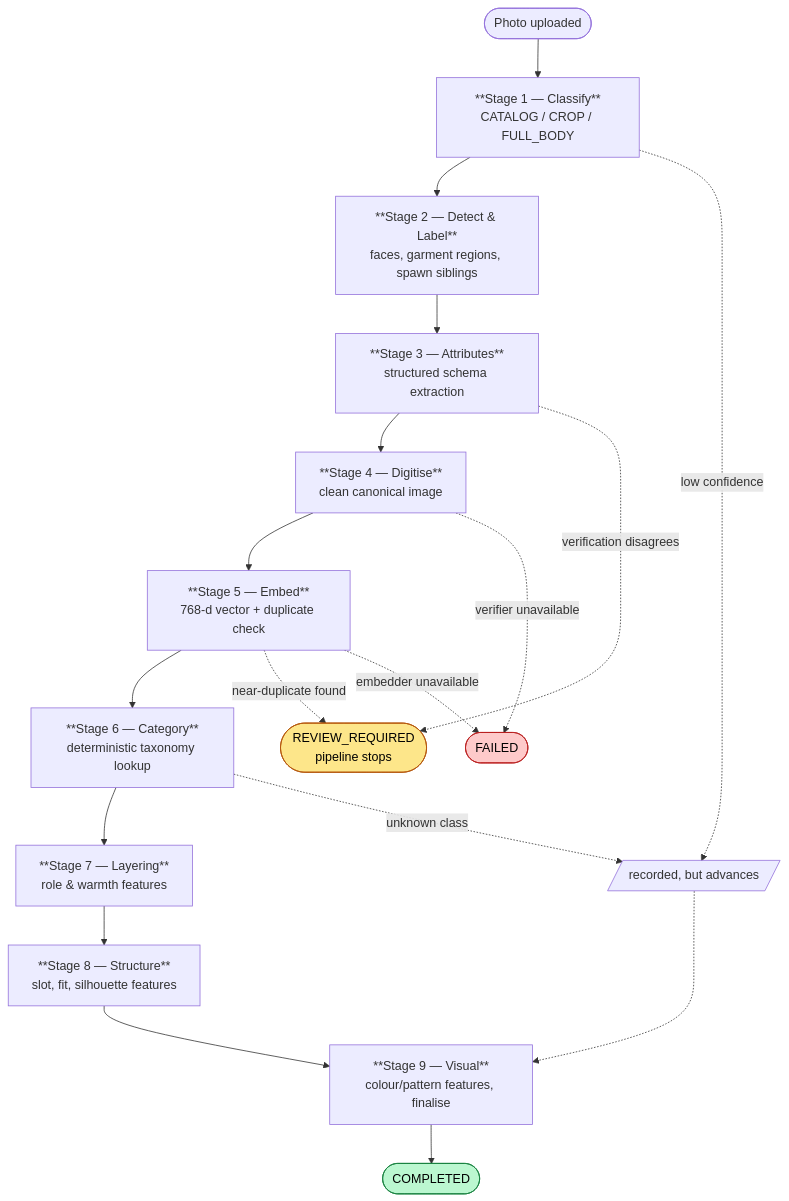
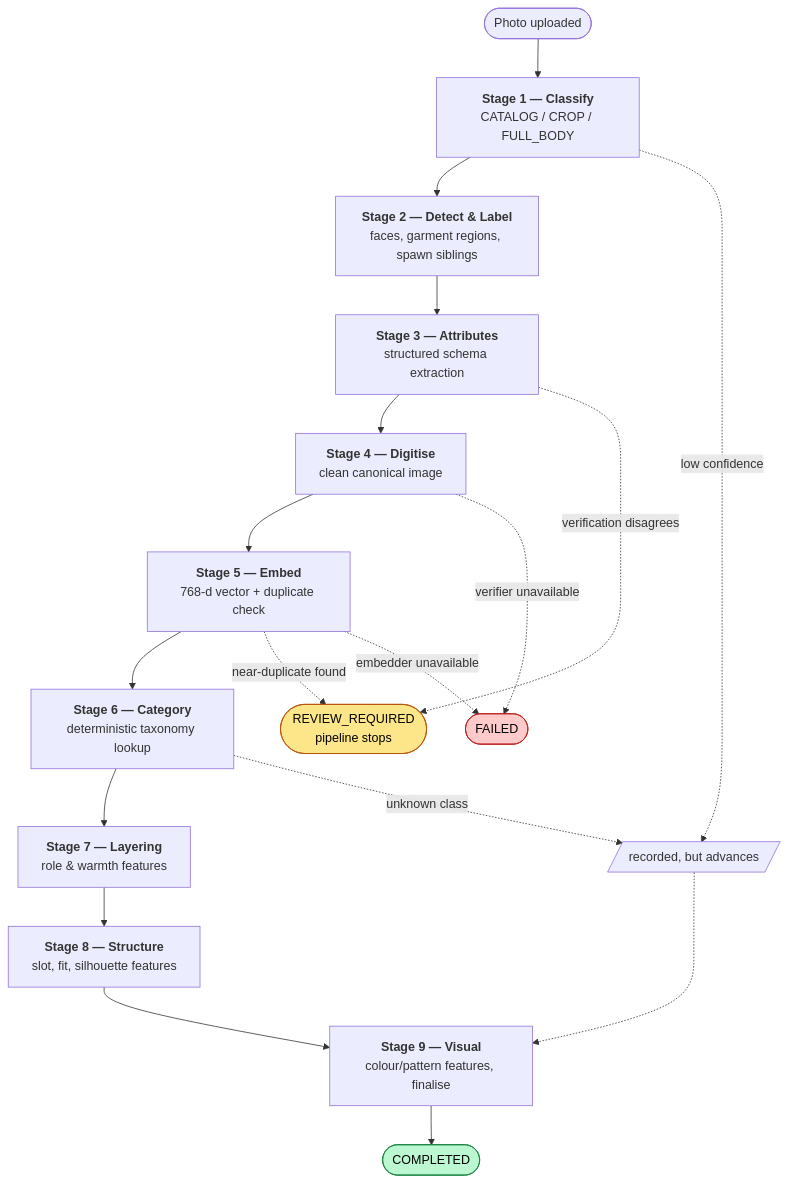
One commit to ClosetTheory/Closet-theory-pipeline changed the first of 8 diagrams in docs/PIPELINES.md. Above: the diagram before and after it, drawn with Mermaid. The commit also changed other lines of this file and 8 other files, not shown here.

First line of the commit message:
Add a Pipeline Info tab with live, interactive diagrams

````diff
--- a/docs/PIPELINES.md
+++ b/docs/PIPELINES.md
@@ -22,30 +22,30 @@
 ```mermaid
 flowchart TD
     U([Photo uploaded]) --> S1
 
-    S1["**Stage 1 — Classify**<br/>CATALOG / CROP / FULL_BODY"]
-    S2["**Stage 2 — Detect &amp; Label**<br/>faces, garment regions, spawn siblings"]
-    S3["**Stage 3 — Attributes**<br/>structured schema extraction"]
-    S4["**Stage 4 — Digitise**<br/>clean canonical image"]
-    S5["**Stage 5 — Embed**<br/>768-d vector + duplicate check"]
-    S6["**Stage 6 — Category**<br/>deterministic taxonomy lookup"]
-    S7["**Stage 7 — Layering**<br/>role &amp; warmth features"]
-    S8["**Stage 8 — Structure**<br/>slot, fit, silhouette features"]
-    S9["**Stage 9 — Visual**<br/>colour/pattern features, finalise"]
+    S1["<b>Stage 1 — Classify</b><br/>CATALOG / CROP / FULL_BODY"]
+    S2["<b>Stage 2 — Detect &amp; Label</b><br/>faces, garment regions, spawn siblings"]
+    S3["<b>Stage 3 — Attributes</b><br/>structured schema extraction"]
+    S4["<b>Stage 4 — Digitise</b><br/>clean canonical image"]
+    S5["<b>Stage 5 — Embed</b><br/>768-d vector + duplicate check"]
+    S6["<b>Stage 6 — Category</b><br/>deterministic taxonomy lookup"]
+    S7["<b>Stage 7 — Layering</b><br/>role &amp; warmth features"]
+    S8["<b>Stage 8 — Structure</b><br/>slot, fit, silhouette features"]
+    S9["<b>Stage 9 — Visual</b><br/>colour/pattern features, finalise"]
 
     S1 --> S2 --> S3 --> S4 --> S5 --> S6 --> S7 --> S8 --> S9
     S9 --> DONE([COMPLETED])
 
-    S3 -. verification disagrees .-> HALT([REVIEW_REQUIRED<br/>pipeline stops])
+    S3 -. verification disagrees .-> HALT(["REVIEW_REQUIRED<br/>pipeline stops"])
     S5 -. near-duplicate found .-> HALT
     S1 -. low confidence .-> ADV[/recorded, but advances/]
     S6 -. unknown class .-> ADV
     ADV -.-> S9
 
     S4 -. verifier unavailable .-> FAIL([FAILED])
     S5 -. embedder unavailable .-> FAIL
 
     style HALT fill:#fde68a,stroke:#b45309,color:#000
     style FAIL fill:#fecaca,stroke:#b91c1c,color:#000
     style DONE fill:#bbf7d0,stroke:#15803d,color:#000
 ```
````
